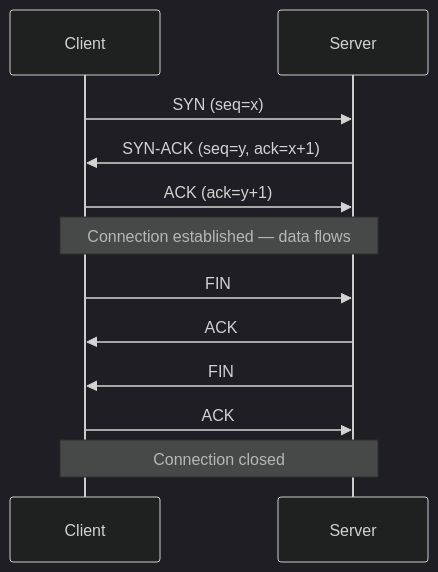
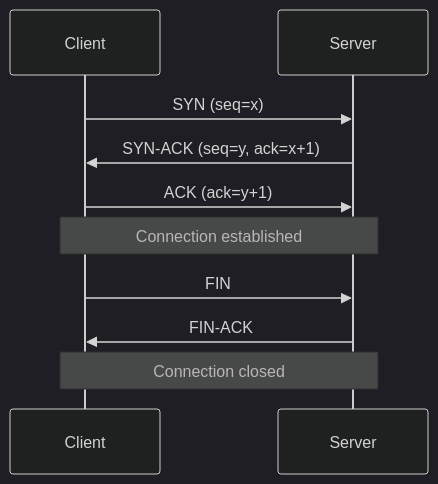
Before and after one commit to dkkh87/CPP-CUDA-Mastery: the first of 2 diagrams in Part-05-Systems-Programming/42_Networking.md, drawn with Mermaid (dark theme). The commit also changed other lines of this file, not shown here.

````diff
--- a/Part-05-Systems-Programming/42_Networking.md
+++ b/Part-05-Systems-Programming/42_Networking.md
@@ -44,14 +28,12 @@
 ```mermaid
 sequenceDiagram
     participant C as Client
     participant S as Server
     C->>S: SYN (seq=x)
     S->>C: SYN-ACK (seq=y, ack=x+1)
     C->>S: ACK (ack=y+1)
-    Note over C,S: Connection established — data flows
+    Note over C,S: Connection established
     C->>S: FIN
-    S->>C: ACK
-    S->>C: FIN
-    C->>S: ACK
+    S->>C: FIN-ACK
     Note over C,S: Connection closed
 ```
````
